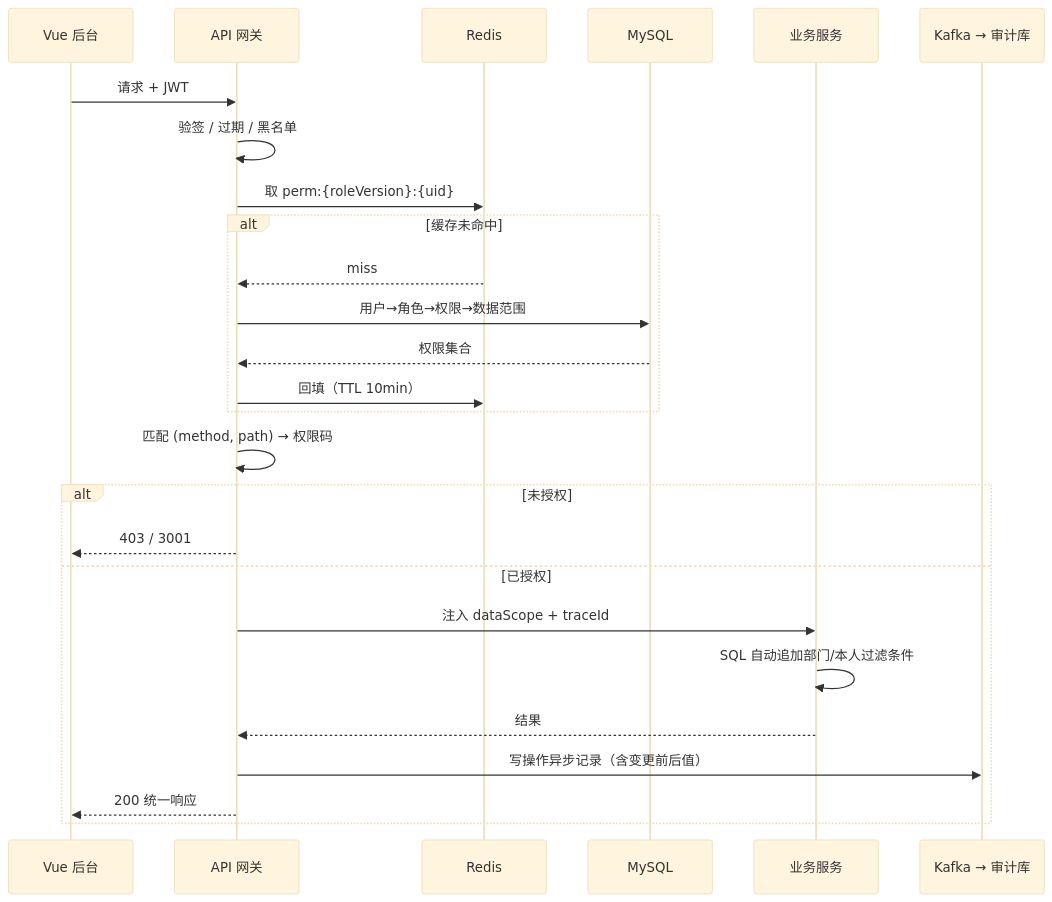
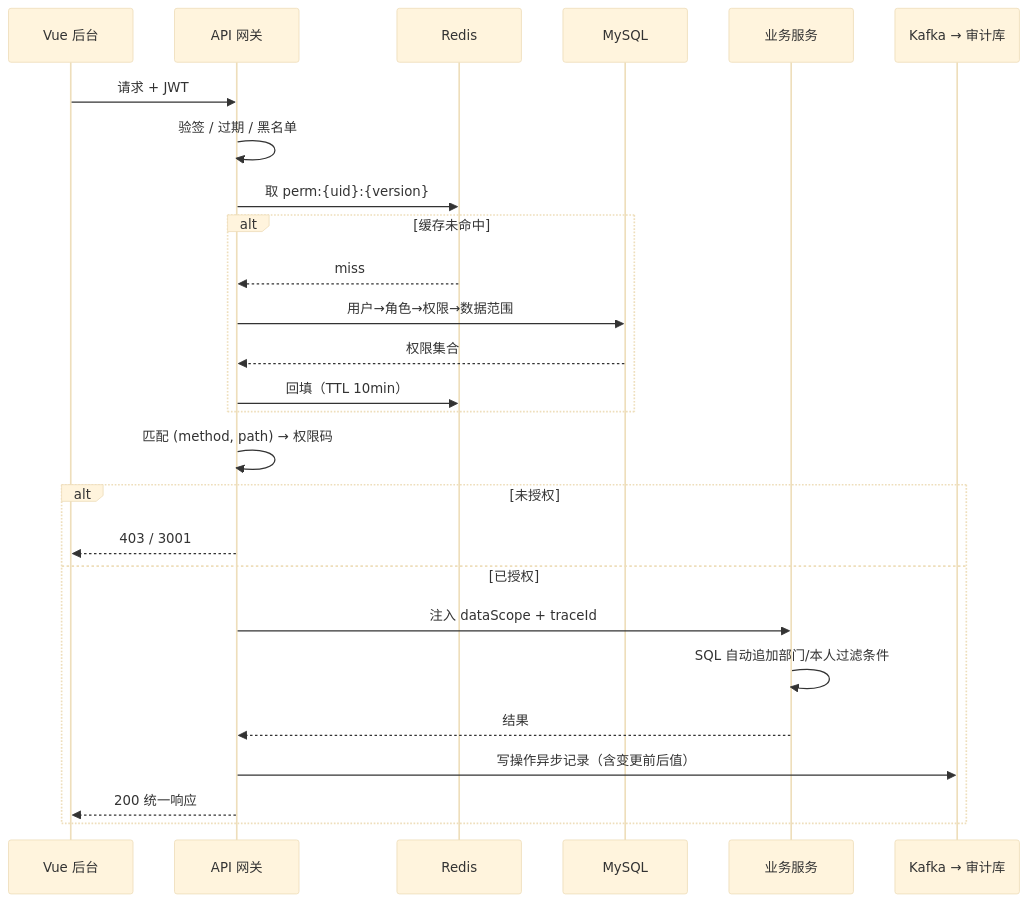
The sixth of 12 diagrams in docs/02-技术架构文档.md (xiaoniuyun/NexIM), drawn with Mermaid (base theme) before and after one commit. The commit also changed other lines of this file and 2 other files, not shown here.

````diff
--- a/docs/02-技术架构文档.md
+++ b/docs/02-技术架构文档.md
@@ -502,28 +562,28 @@
 ```mermaid
 sequenceDiagram
     participant FE as Vue 后台
     participant API as API 网关
     participant R as Redis
     participant DB as MySQL
     participant SVC as 业务服务
     participant AUD as Kafka → 审计库
     FE->>API: 请求 + JWT
     API->>API: 验签 / 过期 / 黑名单
-    API->>R: 取 perm:{roleVersion}:{uid}
+    API->>R: 取 perm:{uid}:{version}
     alt 缓存未命中
         R-->>API: miss
         API->>DB: 用户→角色→权限→数据范围
         DB-->>API: 权限集合
         API->>R: 回填（TTL 10min）
     end
     API->>API: 匹配 (method, path) → 权限码
     alt 未授权
         API-->>FE: 403 / 3001
     else 已授权
         API->>SVC: 注入 dataScope + traceId
         SVC->>SVC: SQL 自动追加部门/本人过滤条件
         SVC-->>API: 结果
         API->>AUD: 写操作异步记录（含变更前后值）
         API-->>FE: 200 统一响应
     end
 ```
````
